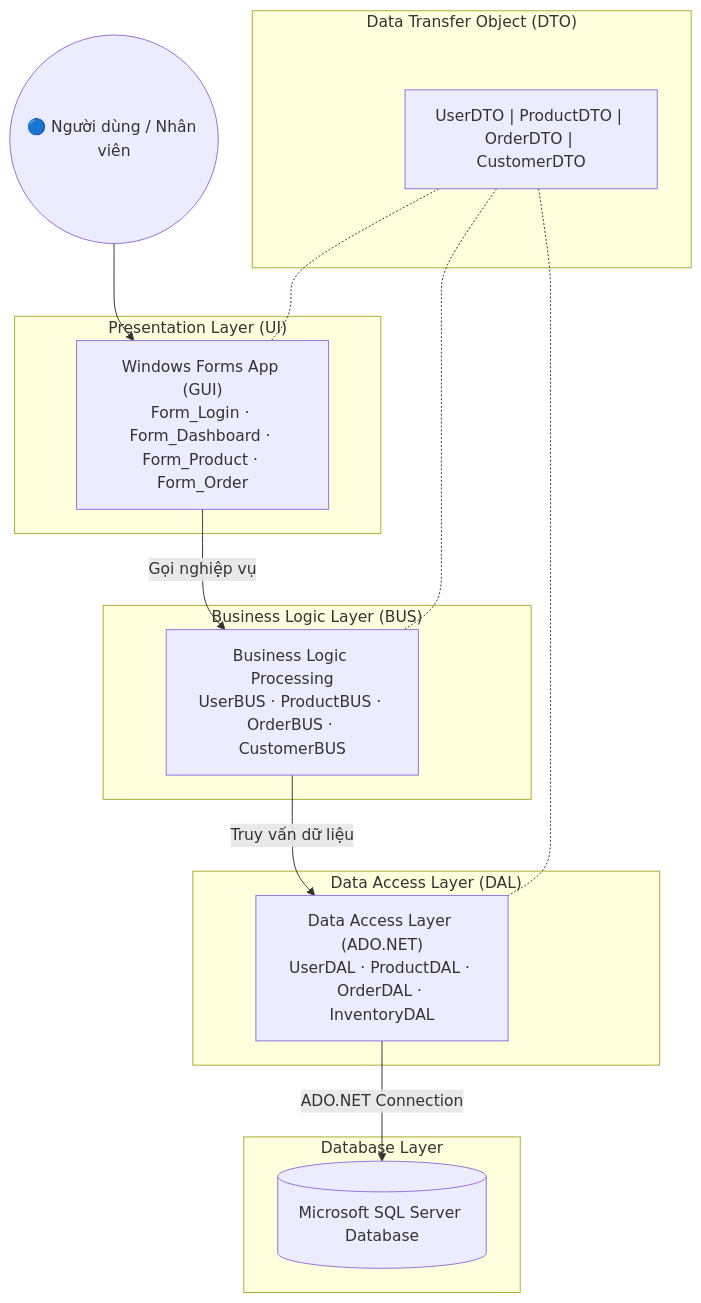
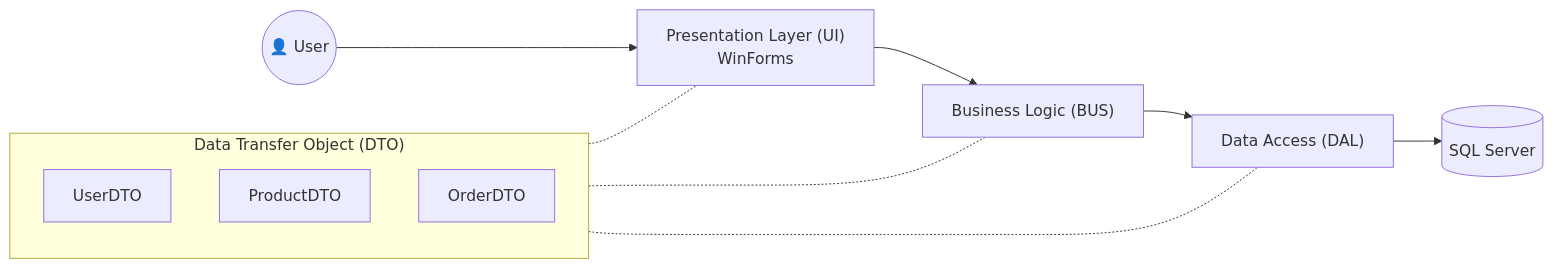
Before and after one commit to Tranloc12/DoAnQuanLyBanHang: the diagram in README.md, drawn with Mermaid. The commit also changed other lines of this file, not shown here.

````diff
--- a/README.md
+++ b/README.md
@@ -76,33 +50,18 @@
 ```mermaid
-flowchart TD
-    User(("🔵 Người dùng / Nhân viên"))
+graph LR
+    User(("👤 User")) --> UI["Presentation Layer (UI)<br/>WinForms"]
+    UI --> BUS["Business Logic (BUS)"]
+    BUS --> DAL["Data Access (DAL)"]
+    DAL --> DB[("SQL Server")]
     
-    subgraph DTO_Layer["Data Transfer Object (DTO)"]
-        DTO["UserDTO | ProductDTO | OrderDTO | CustomerDTO"]
+    subgraph DTO["Data Transfer Object (DTO)"]
+        direction TB
+        d1["UserDTO"]
+        d2["ProductDTO"]
+        d3["OrderDTO"]
     end
-    
-    subgraph UI_Layer["Presentation Layer (UI)"]
-        UI["Windows Forms App (GUI)<br/>Form_Login · Form_Dashboard · Form_Product · Form_Order"]
-    end
-
-    subgraph BUS_Layer["Business Logic Layer (BUS)"]
-        BUS["Business Logic Processing<br/>UserBUS · ProductBUS · OrderBUS · CustomerBUS"]
-    end
-
-    subgraph DAL_Layer["Data Access Layer (DAL)"]
-        DAL["Data Access Layer (ADO.NET)<br/>UserDAL · ProductDAL · OrderDAL · InventoryDAL"]
-    end
-
-    subgraph DB_Layer["Database Layer"]
-        DB[("Microsoft SQL Server Database")]
-    end
-
-    User --> UI
-    UI -- "Gọi nghiệp vụ" --> BUS
-    BUS -- "Truy vấn dữ liệu" --> DAL
-    DAL -- "ADO.NET Connection" --> DB
     
     DTO -.- UI
     DTO -.- BUS
     DTO -.- DAL
 ```
````
